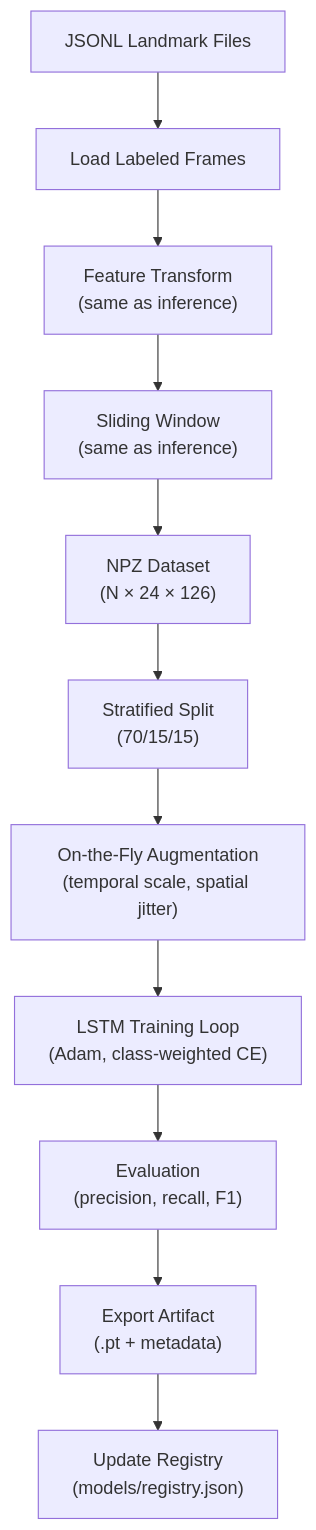
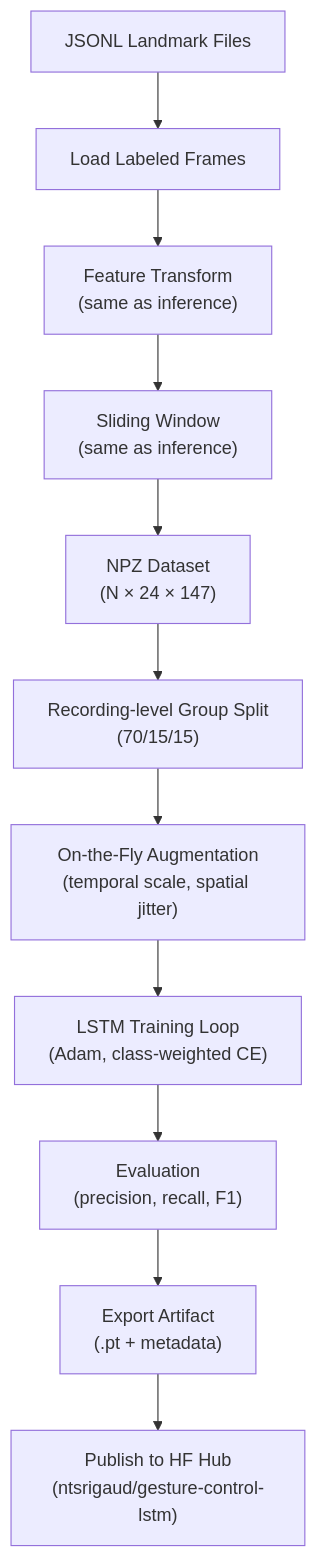
One commit to ntsrigaud/Maestro changed the sixth of 6 diagrams in docs/architecture/process-view.md. Above: the diagram before and after it, drawn with Mermaid. The commit also changed other lines of this file and 7 other files, not shown here.

First line of the commit message:
docs: align architecture docs with v5 schema and HF Hub deployment

````diff
--- a/docs/architecture/process-view.md
+++ b/docs/architecture/process-view.md
@@ -177,13 +177,13 @@
 ```mermaid
 graph TD
     JSONL["JSONL Landmark Files"] --> Load["Load Labeled Frames"]
     Load --> FeatTrain["Feature Transform<br/>(same as inference)"]
     FeatTrain --> Window["Sliding Window<br/>(same as inference)"]
-    Window --> NPZ["NPZ Dataset<br/>(N × 24 × 126)"]
-    NPZ --> Split["Stratified Split<br/>(70/15/15)"]
+    Window --> NPZ["NPZ Dataset<br/>(N × 24 × 147)"]
+    NPZ --> Split["Recording-level Group Split<br/>(70/15/15)"]
     Split --> Augment["On-the-Fly Augmentation<br/>(temporal scale, spatial jitter)"]
     Augment --> Train["LSTM Training Loop<br/>(Adam, class-weighted CE)"]
     Train --> Eval["Evaluation<br/>(precision, recall, F1)"]
     Eval --> Export["Export Artifact<br/>(.pt + metadata)"]
-    Export --> Registry["Update Registry<br/>(models/registry.json)"]
+    Export --> HFHub["Publish to HF Hub<br/>(ntsrigaud/gesture-control-lstm)"]
 ```
````
